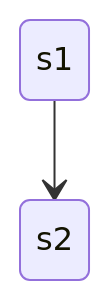
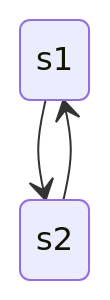
One commit to vicky-liu17/vicky-blogs changed the second of 2 diagrams in Introduction to the Philosophy of Science and Research Methodology/Scientific_Interference.md. Above: the diagram before and after it, drawn with Mermaid.

````diff
--- a/Introduction to the Philosophy of Science and Research Methodology/Scientific_Interference.md
+++ b/Introduction to the Philosophy of Science and Research Methodology/Scientific_Interference.md
@@ -168,4 +168,5 @@
 ```mermaid
 stateDiagram
     s1 --> s2
+    s2 --> s1
 ```
````
